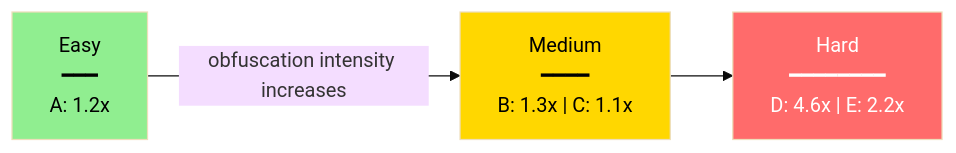
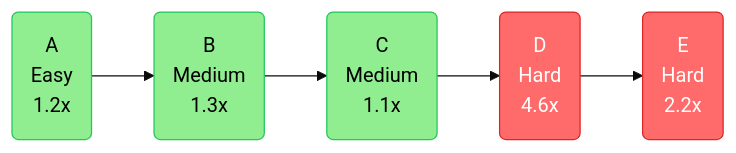
The second of 4 diagrams in benchmark/experiments/2026-07-17-v1/report.md (dolphinwesting248/deob), drawn with Mermaid before and after one commit. The commit also changed other lines of this file, not shown here.

Commit message:
fix: replace xychart-beta with universal flowchart charts

````diff
--- a/benchmark/experiments/2026-07-17-v1/report.md
+++ b/benchmark/experiments/2026-07-17-v1/report.md
@@ -159,8 +147,7 @@
 ```mermaid
 %%{init: {'theme': 'base'}}%%
 graph LR
-    easy["Easy<br/>━━━<br/>A: 1.2x"]:::easy -->|"obfuscation intensity increases"| med["Medium<br/>━━━━<br/>B: 1.3x | C: 1.1x"]:::med --> hard["Hard<br/>━━━━━━━━<br/>D: 4.6x | E: 2.2x"]:::hard
-    classDef easy fill:#90EE90,color:black
-    classDef med fill:#FFD700,color:black
-    classDef hard fill:#ff6b6b,color:white
+    A("A<br/>Easy<br/>1.2x"):::easy --> B("B<br/>Medium<br/>1.3x"):::easy --> C("C<br/>Medium<br/>1.1x"):::easy --> D("D<br/>Hard<br/>4.6x"):::hard --> E("E<br/>Hard<br/>2.2x"):::hard
+    classDef easy fill:#90EE90,color:#000,stroke:#22c55e
+    classDef hard fill:#ff6b6b,color:#fff,stroke:#dc2626
 ```
````
